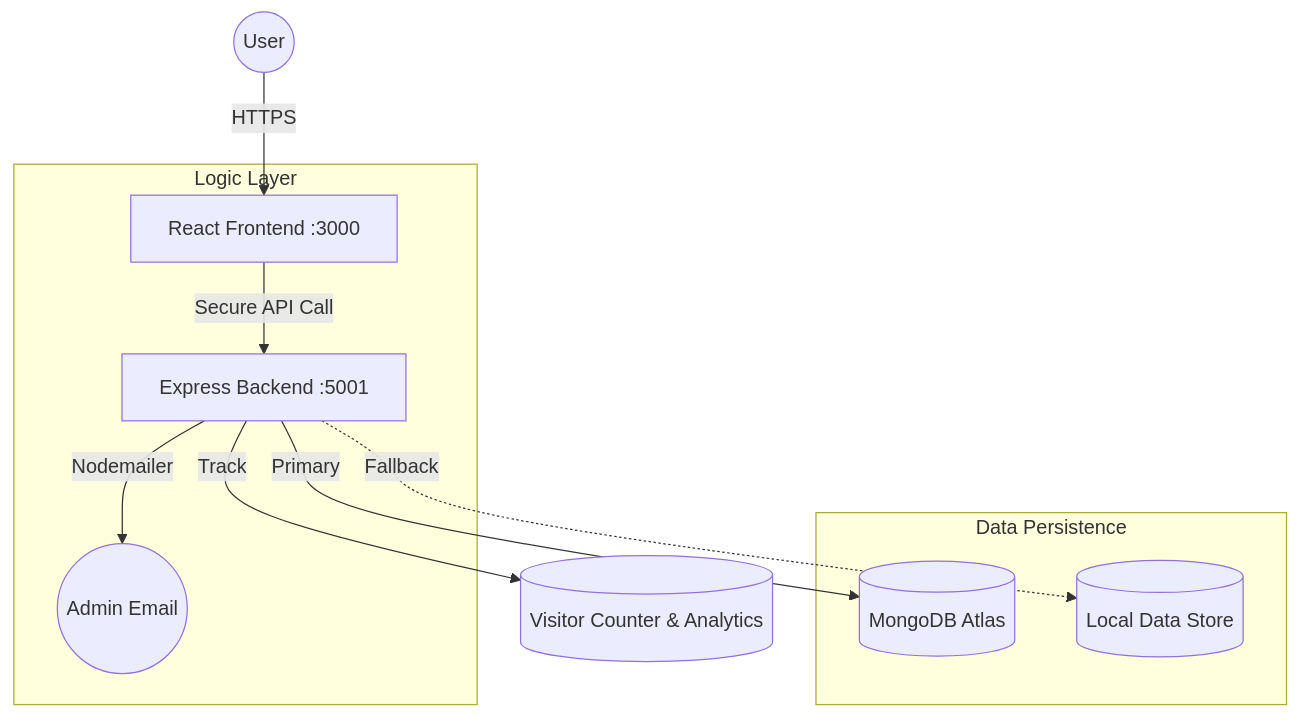
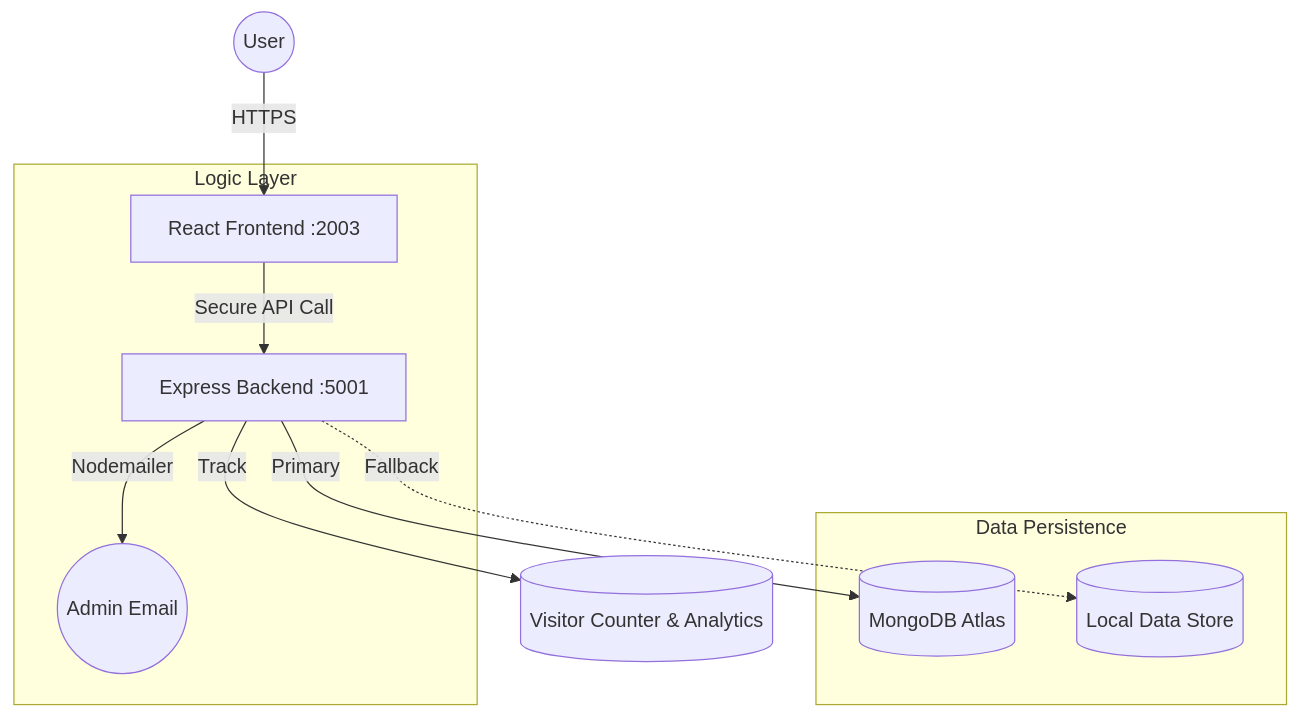
Before and after one commit to mdyasar49/portfolio-yasar: the diagram in README.md, drawn with Mermaid. The commit also changed 26 other files, not shown here.

````diff
--- a/README.md
+++ b/README.md
@@ -34,13 +34,13 @@
 ```mermaid
 graph TD
-    User((User)) -->|HTTPS| React[React Frontend :3000]
+    User((User)) -->|HTTPS| React[React Frontend :2003]
     subgraph "Logic Layer"
         React -->|Secure API Call| Express[Express Backend :5001]
         Express -->|Nodemailer| AdminEmail((Admin Email))
     end
     subgraph "Data Persistence"
         Express -->|Primary| Mongo[(MongoDB Atlas)]
         Express -.->|Fallback| JSON[(Local Data Store)]
     end
     Express -->|Track| Stats[(Visitor Counter & Analytics)]
 ```
````
